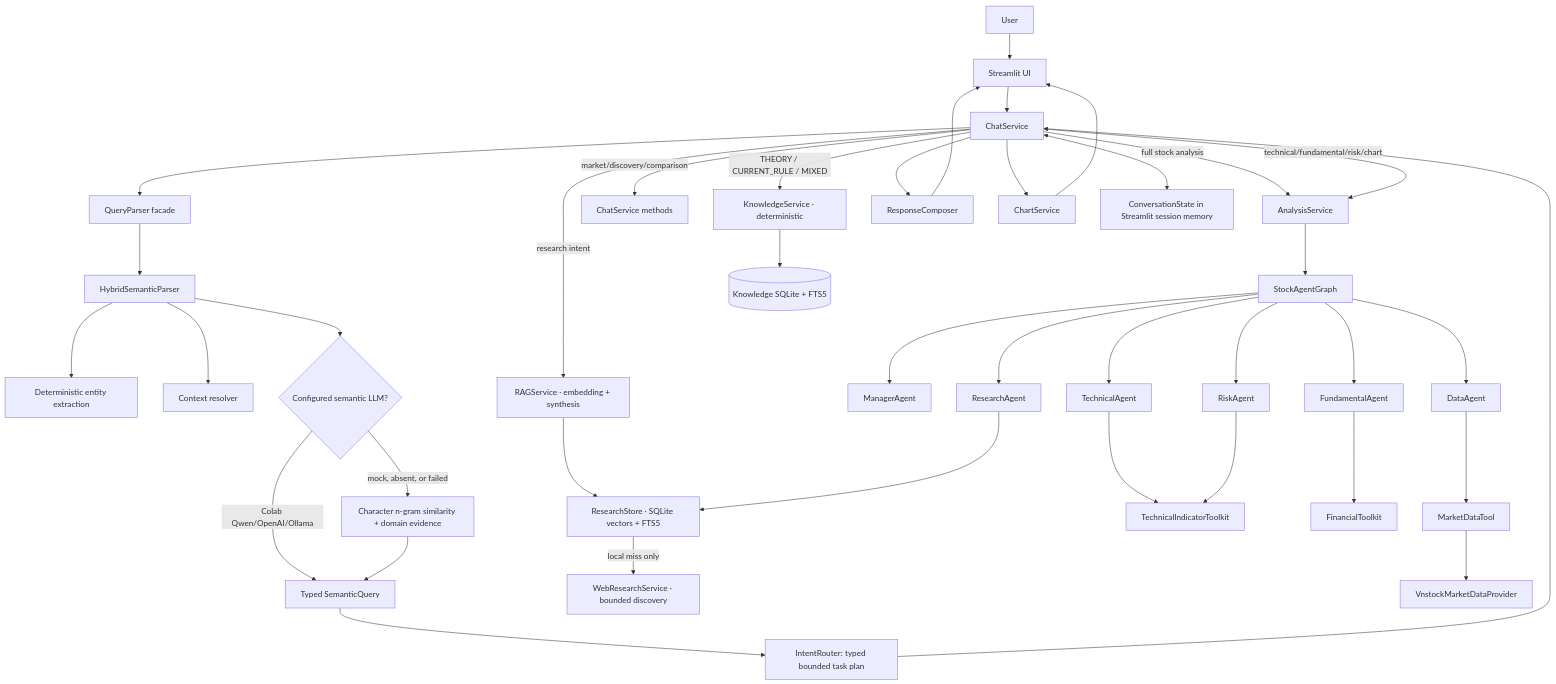
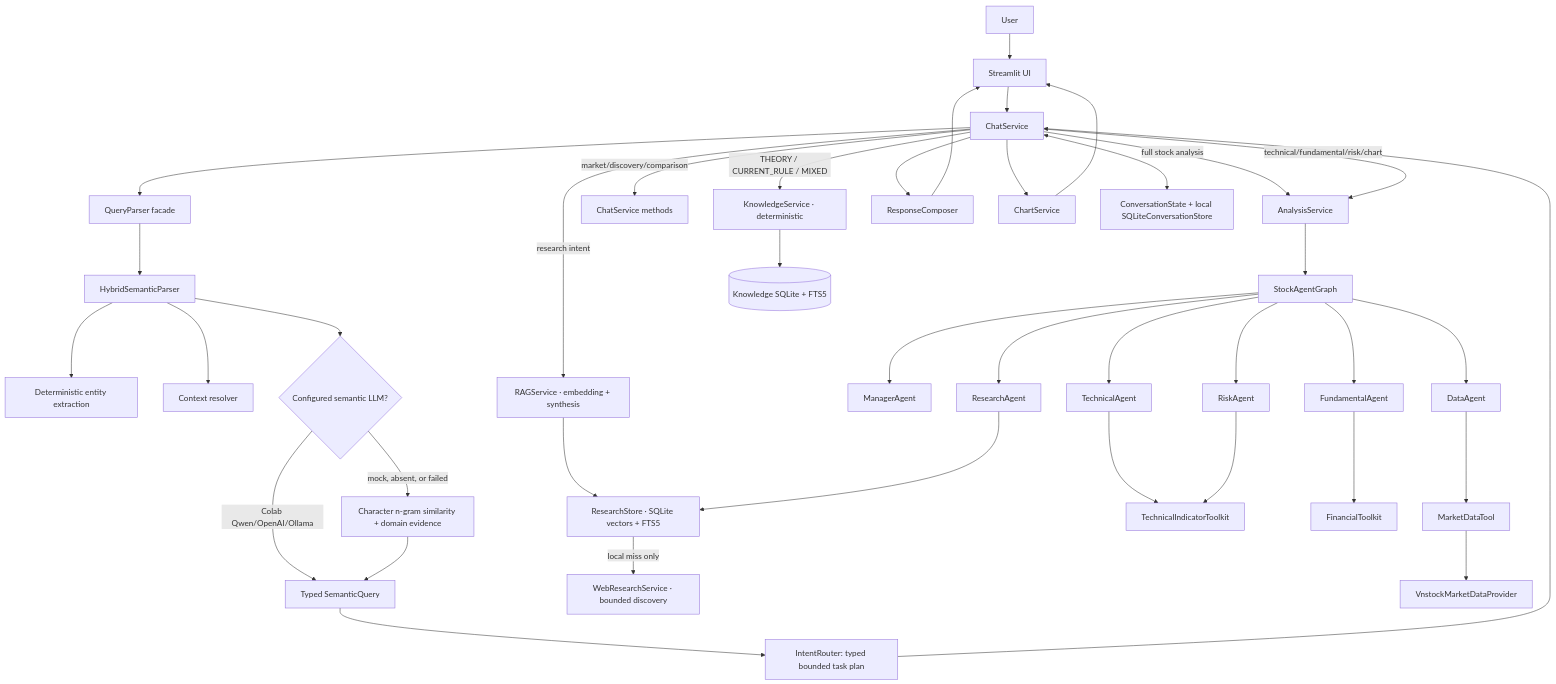
The first of 2 diagrams in docs/current-architecture.md (Dung1604005/vietnam-stock-research-agent), drawn with Mermaid before and after one commit. The commit also changed other lines of this file and 86 other files, not shown here.

````diff
--- a/docs/current-architecture.md
+++ b/docs/current-architecture.md
@@ -33,45 +35,45 @@
 ```mermaid
 flowchart TD
     U[User] --> UI[Streamlit UI]
     UI --> CS[ChatService]
     CS --> QP[QueryParser facade]
     QP --> NLU[HybridSemanticParser]
     NLU --> DE[Deterministic entity extraction]
     NLU --> CR[Context resolver]
     NLU --> SP{Configured semantic LLM?}
     SP -->|Colab Qwen/OpenAI/Ollama| SQ[Typed SemanticQuery]
     SP -->|mock, absent, or failed| SS[Character n-gram similarity + domain evidence]
     SS --> SQ
     SQ --> IR[IntentRouter: typed bounded task plan]
     IR --> CS
 
     CS -->|full stock analysis| AS[AnalysisService]
     AS --> LG[StockAgentGraph]
     CS -->|technical/fundamental/risk/chart| AS
     CS -->|market/discovery/comparison| LOCAL[ChatService methods]
     CS -->|research intent| RAG[RAGService · embedding + synthesis]
     RAG --> RS[ResearchStore · SQLite vectors + FTS5]
     RS -->|local miss only| WR[WebResearchService · bounded discovery]
     CS -->|THEORY / CURRENT_RULE / MIXED| KS[KnowledgeService · deterministic]
     KS --> KB[(Knowledge SQLite + FTS5)]
 
     LG --> M[ManagerAgent]
     LG --> D[DataAgent]
     LG --> RA[ResearchAgent]
     LG --> T[TechnicalAgent]
     LG --> F[FundamentalAgent]
     LG --> R[RiskAgent]
 
     D --> MDT[MarketDataTool]
     MDT --> VP[VnstockMarketDataProvider]
     T --> TIT[TechnicalIndicatorToolkit]
     F --> FT[FinancialToolkit]
     R --> TIT
     RA --> RS
 
     CS --> RC[ResponseComposer]
     CS --> CH[ChartService]
     RC --> UI
     CH --> UI
-    CS <--> MEM[ConversationState in Streamlit session memory]
+    CS <--> MEM[ConversationState + local SQLiteConversationStore]
 ```
````
